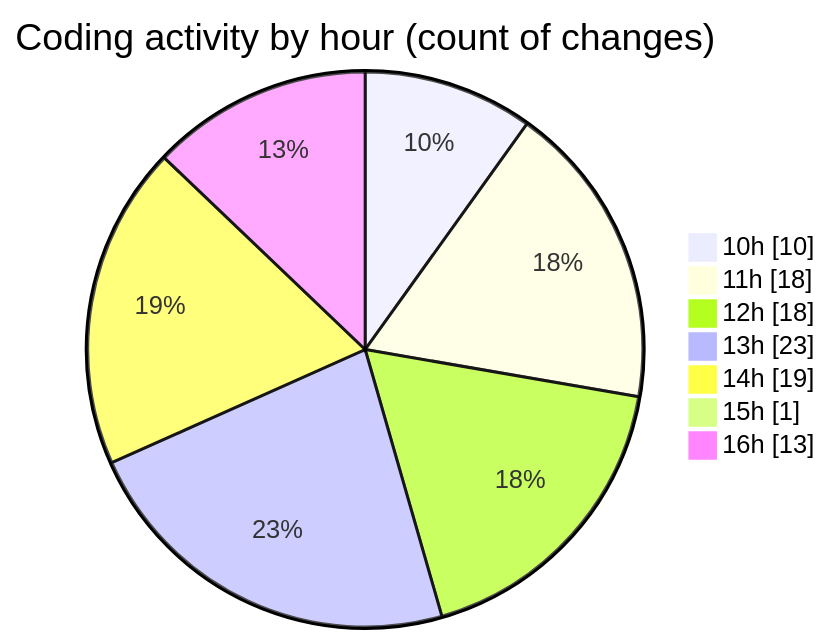
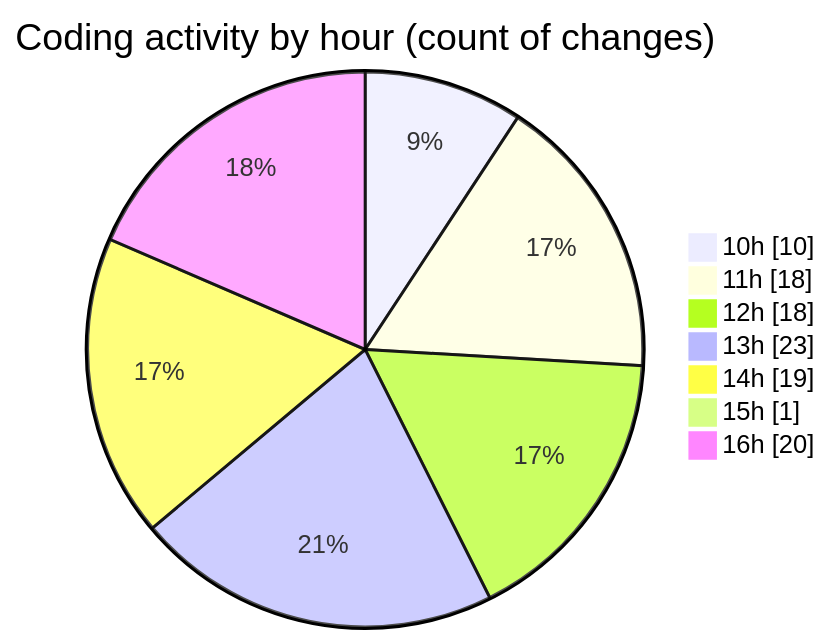
One commit to momahboobian/code-tracking changed the second of 2 diagrams in 2025-07-14/cda/README.md. Above: the diagram before and after it, drawn with Mermaid. The commit also changed other lines of this file and 1 other file, not shown here.

````diff
--- a/2025-07-14/cda/README.md
+++ b/2025-07-14/cda/README.md
@@ -39,11 +39,11 @@
 ```mermaid
 pie showData
 title Coding activity by hour (count of changes)
 "10h" : 10
 "11h" : 18
 "12h" : 18
 "13h" : 23
 "14h" : 19
 "15h" : 1
-"16h" : 13
+"16h" : 20
 ```
````
